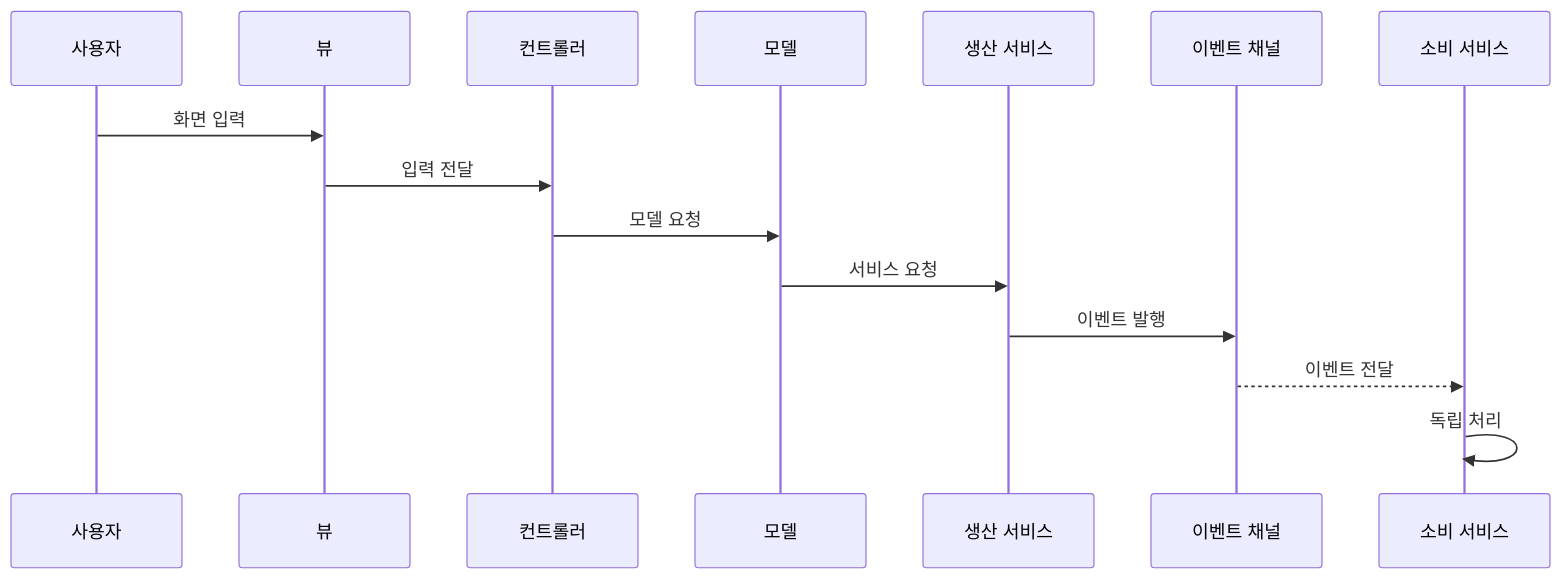
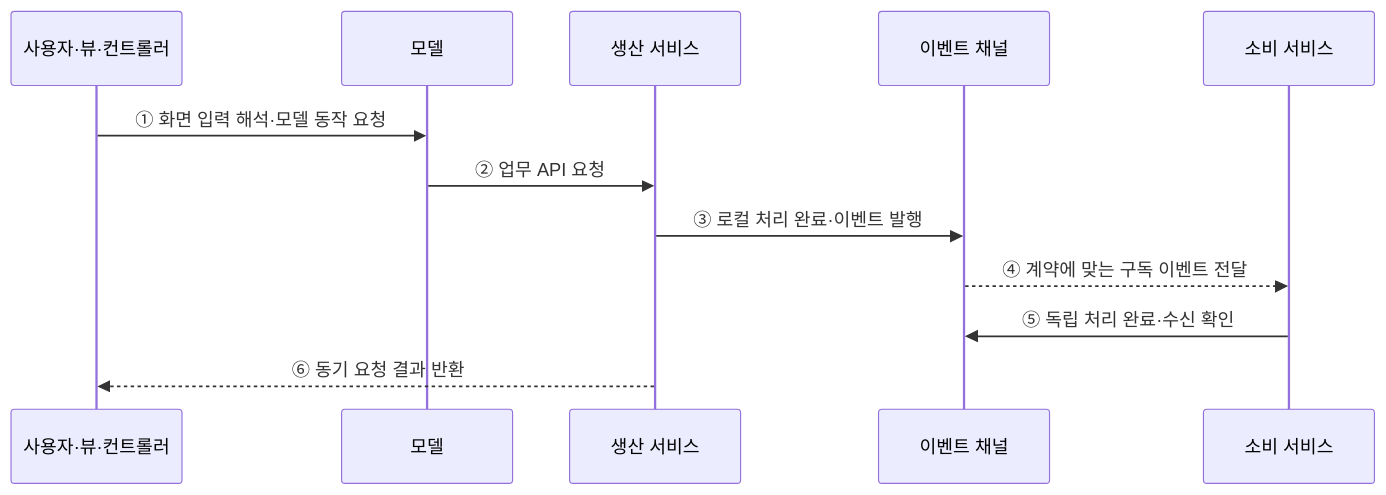
Before and after one commit to agnusdei1207/knowledge-base: the second of 2 diagrams in src/content/docs/notes/03-software/038_architecture_patterns.md, drawn with Mermaid. The commit also changed other lines of this file and 20 other files, not shown here.

````diff
--- a/src/content/docs/notes/03-software/038_architecture_patterns.md
+++ b/src/content/docs/notes/03-software/038_architecture_patterns.md
@@ -102,17 +94,14 @@
 ```mermaid
 sequenceDiagram
-    participant U as 사용자
-    participant V as 뷰
-    participant C as 컨트롤러
+    participant U as 사용자·뷰·컨트롤러
     participant M as 모델
     participant P as 생산 서비스
     participant E as 이벤트 채널
     participant Q as 소비 서비스
-    U->>V: 화면 입력
-    V->>C: 입력 전달
-    C->>M: 모델 요청
-    M->>P: 서비스 요청
-    P->>E: 이벤트 발행
-    E-->>Q: 이벤트 전달
-    Q->>Q: 독립 처리
+    U->>M: ① 화면 입력 해석·모델 동작 요청
+    M->>P: ② 업무 API 요청
+    P->>E: ③ 로컬 처리 완료·이벤트 발행
+    E-->>Q: ④ 계약에 맞는 구독 이벤트 전달
+    Q->>E: ⑤ 독립 처리 완료·수신 확인
+    P-->>U: ⑥ 동기 요청 결과 반환
 ```
````
